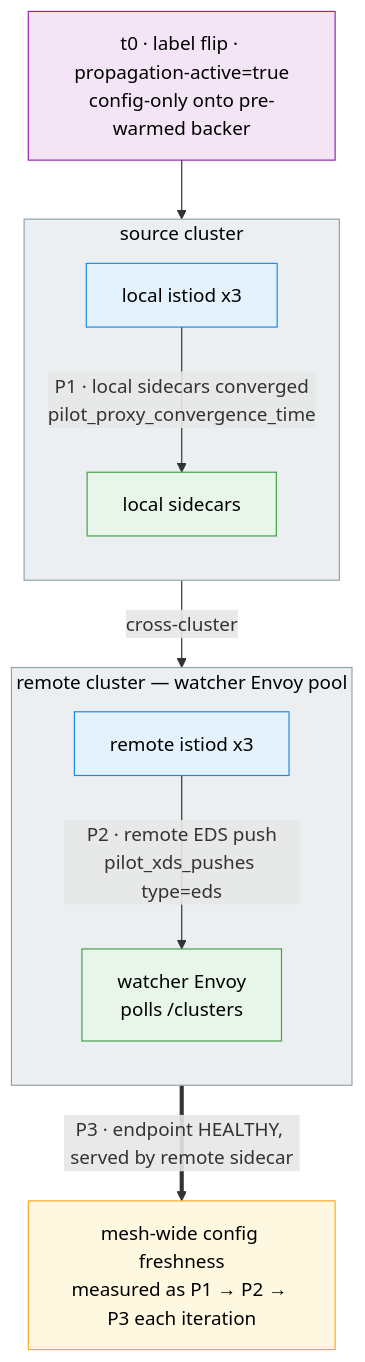
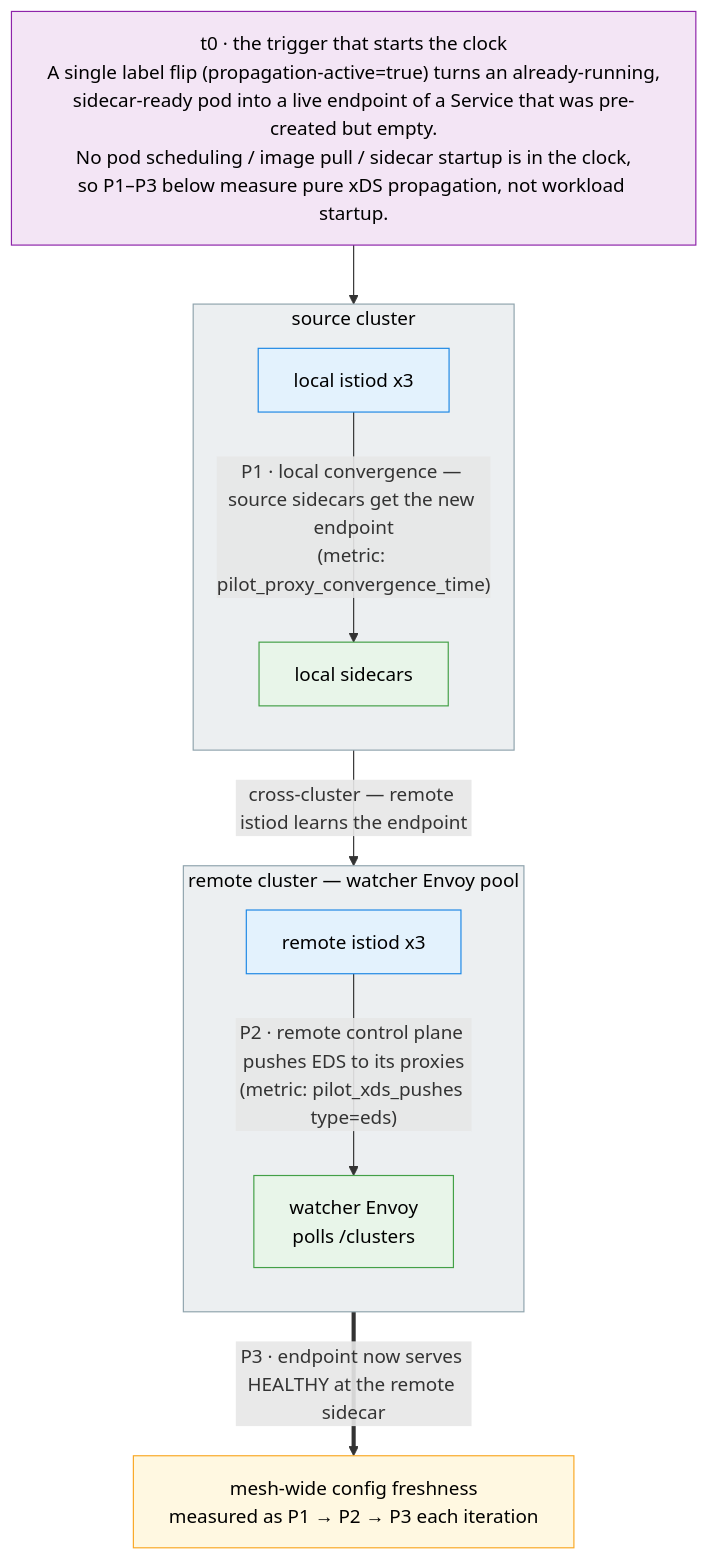
The diagram in tests/propagation/README.md (shpwrck/istio-scale-tests), drawn with Mermaid before and after one commit.

Commit message:
docs(propagation): make the t0 harness box self-explanatory
PR feedback: the propagation chart's harness box was jargon ("label flip ·
propagation-active=true · config-only onto pre-warmed backer"). Rewrite it to
plainly explain that a single label flip turns an already-running, sidecar-ready
pod into a live endpoint of a pre-created empty Service, so no pod startup is in
the clock and P1-P3 measure pure xDS propagation. Also clarify the P1/P2/P3 edge
labels in plain language (metric names kept).

````diff
--- a/tests/propagation/README.md
+++ b/tests/propagation/README.md
@@ -10,34 +10,35 @@
 ```mermaid
+%%{init: {'flowchart': {'wrappingWidth': 520}}}%%
 graph TB
-    FLIP["t0 · label flip · propagation-active=true<br/>config-only onto pre-warmed backer"]
+    FLIP["t0 · the trigger that starts the clock<br/>A single label flip (propagation-active=true) turns an already-running,<br/>sidecar-ready pod into a live endpoint of a Service that was pre-created but empty.<br/>No pod scheduling / image pull / sidecar startup is in the clock,<br/>so P1–P3 below measure pure xDS propagation, not workload startup."]
 
     subgraph SRC["source cluster"]
         direction TB
         SP["local istiod x3"]
         LSC["local sidecars"]
     end
     subgraph RMT["remote cluster — watcher Envoy pool"]
         direction TB
         RP["remote istiod x3"]
         WENV["watcher Envoy<br/>polls /clusters"]
     end
 
     FLIP --> SP
-    SP -->|"P1 · local sidecars converged<br/>pilot_proxy_convergence_time"| LSC
-    SP -->|"cross-cluster"| RP
-    RP -->|"P2 · remote EDS push<br/>pilot_xds_pushes type=eds"| WENV
-    WENV ==>|"P3 · endpoint HEALTHY, served by remote sidecar"| OUT["mesh-wide config freshness<br/>measured as P1 → P2 → P3 each iteration"]
+    SP -->|"P1 · local convergence — source sidecars get the new endpoint<br/>(metric: pilot_proxy_convergence_time)"| LSC
+    SP -->|"cross-cluster — remote istiod learns the endpoint"| RP
+    RP -->|"P2 · remote control plane pushes EDS to its proxies<br/>(metric: pilot_xds_pushes type=eds)"| WENV
+    WENV ==>|"P3 · endpoint now serves HEALTHY at the remote sidecar"| OUT["mesh-wide config freshness<br/>measured as P1 → P2 → P3 each iteration"]
 
     classDef mesh fill:#ffffff,stroke:#5c6bc0,stroke-width:2px,stroke-dasharray:6 5,color:#000;
     classDef cluster fill:#eceff1,stroke:#90a4ae,color:#000;
     classDef namespace fill:#ffebee,stroke:#e53935,color:#000;
     classDef controlplane fill:#e3f2fd,stroke:#1e88e5,color:#000;
     classDef dataplane fill:#e8f5e9,stroke:#43a047,color:#000;
     classDef harness fill:#f3e5f5,stroke:#8e24aa,color:#000;
     classDef output fill:#fff8e1,stroke:#f9a825,color:#000;
     class SRC,RMT cluster;
     class SP,RP controlplane;
     class LSC,WENV dataplane;
     class FLIP harness;
     class OUT output;
 ```
````
